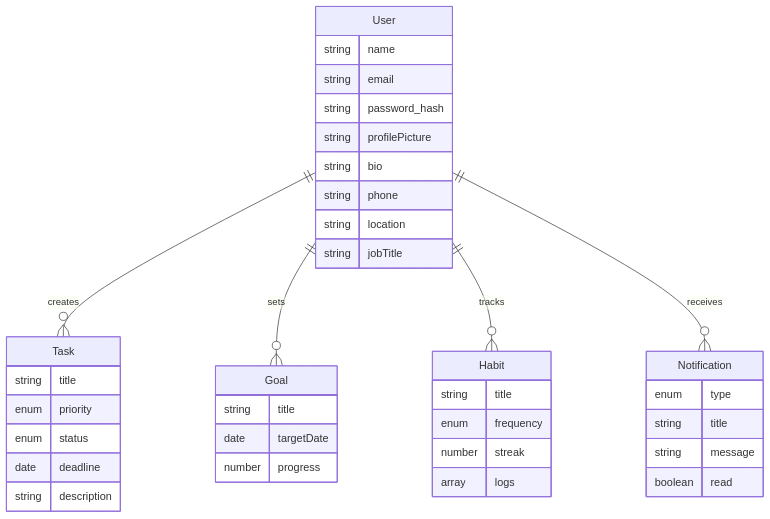
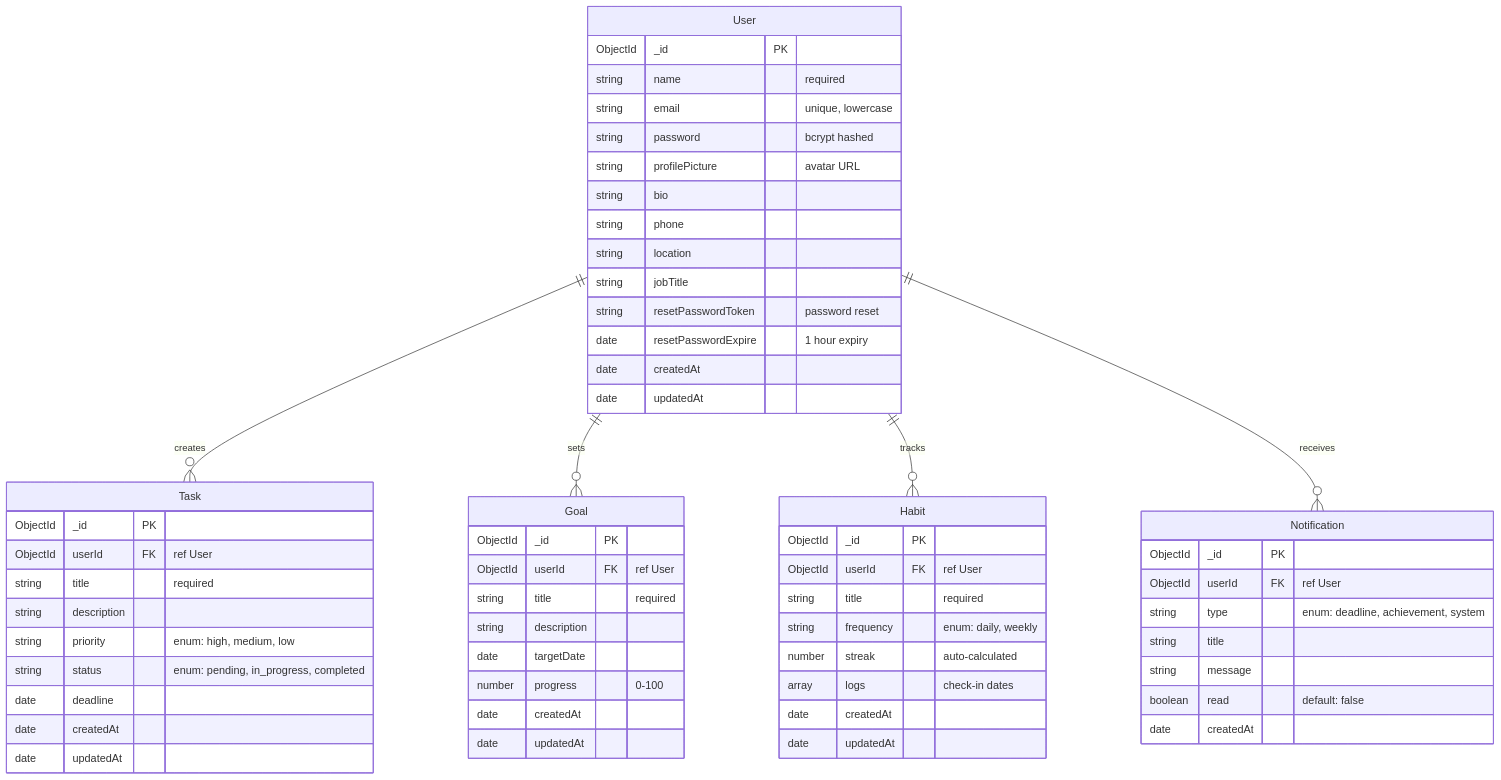
The second of 3 diagrams in README.md (Shubham-997800/FlowSyncAi), drawn with Mermaid before and after one commit. The commit also changed other lines of this file, not shown here.

Commit message:
docs: complete README rewrite — industry-level documentation with Mermaid diagrams, architecture, API docs, deployment guide

````diff
--- a/README.md
+++ b/README.md
@@ -172,41 +472,67 @@
 ```mermaid
 erDiagram
     User ||--o{ Task : creates
     User ||--o{ Goal : sets
     User ||--o{ Habit : tracks
     User ||--o{ Notification : receives
+
     User {
-        string name
-        string email
-        string password_hash
-        string profilePicture
+        ObjectId _id PK
+        string name "required"
+        string email "unique, lowercase"
+        string password "bcrypt hashed"
+        string profilePicture "avatar URL"
         string bio
         string phone
         string location
         string jobTitle
+        string resetPasswordToken "password reset"
+        date resetPasswordExpire "1 hour expiry"
+        date createdAt
+        date updatedAt
     }
+
     Task {
-        string title
-        enum priority
-        enum status
+        ObjectId _id PK
+        ObjectId userId FK "ref User"
+        string title "required"
+        string description
+        string priority "enum: high, medium, low"
+        string status "enum: pending, in_progress, completed"
         date deadline
+        date createdAt
+        date updatedAt
+    }
+
+    Goal {
+        ObjectId _id PK
+        ObjectId userId FK "ref User"
+        string title "required"
         string description
+        date targetDate
+        number progress "0-100"
+        date createdAt
+        date updatedAt
     }
-    Goal {
-        string title
-        date targetDate
-        number progress
+
+    Habit {
+        ObjectId _id PK
+        ObjectId userId FK "ref User"
+        string title "required"
+        string frequency "enum: daily, weekly"
+        number streak "auto-calculated"
+        array logs "check-in dates"
+        date createdAt
+        date updatedAt
     }
-    Habit {
-        string title
-        enum frequency
-        number streak
-        array logs
-    }
+
     Notification {
-        enum type
+        ObjectId _id PK
+        ObjectId userId FK "ref User"
+        string type "enum: deadline, achievement, system"
         string title
         string message
-        boolean read
+        boolean read "default: false"
+        date createdAt
     }
 ```
````
